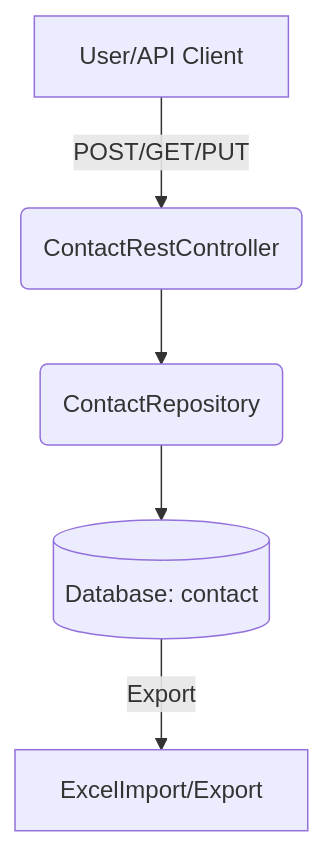
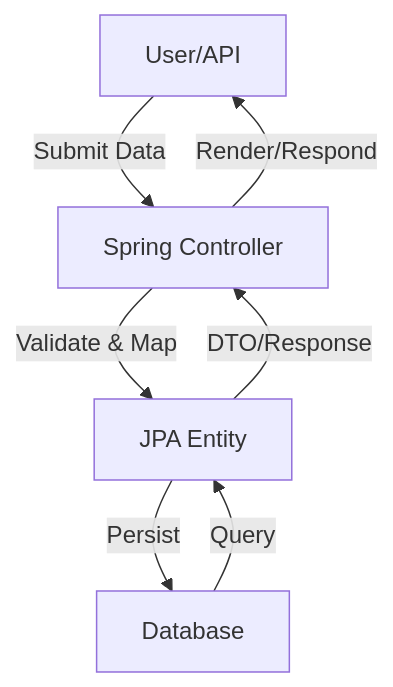
The first of 2 diagrams in aidocs/DMFD.md (crafted-by-art/webjetcms), drawn with Mermaid before and after one commit. The commit also changed other lines of this file, not shown here.

Commit message:
docs: add Data Model and Flow Documentation (DMFD)

```diff
--- a/aidocs/DMFD.md
+++ b/aidocs/DMFD.md
@@ -72,7 +112,9 @@
 ~~~mermaid
-flowchart TD
-    A[User/API Client] -->|POST/GET/PUT| B(ContactRestController)
-    B --> C(ContactRepository)
-    C --> D[(Database: contact)]
-    D -->|Export| E[ExcelImport/Export]
+graph TD
+  A[User/API] -->|Submit Data| B[Spring Controller]
+  B -->|Validate & Map| C[JPA Entity]
+  C -->|Persist| D[Database]
+  D -->|Query| C
+  C -->|DTO/Response| B
+  B -->|Render/Respond| A
 ~~~
```
